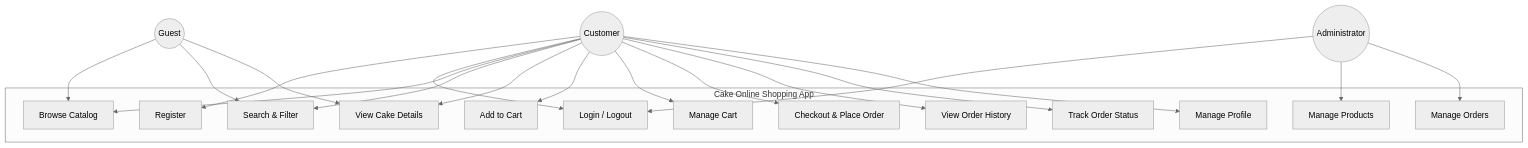
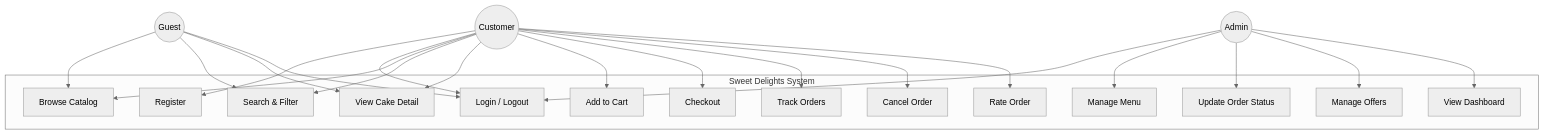
Before and after one commit to Saad2607/cake-shop-app: the first of 8 diagrams in docs/05_UML_Diagrams.md, drawn with Mermaid (neutral theme). The commit also changed other lines of this file and 132 other files, not shown here.

````diff
--- a/docs/05_UML_Diagrams.md
+++ b/docs/05_UML_Diagrams.md
@@ -15,42 +15,45 @@
 ```mermaid
 flowchart TB
-    subgraph System["Cake Online Shopping App"]
+    subgraph System["Sweet Delights System"]
         UC1[Register]
         UC2[Login / Logout]
         UC3[Browse Catalog]
         UC4[Search & Filter]
-        UC5[View Cake Details]
+        UC5[View Cake Detail]
         UC6[Add to Cart]
-        UC7[Manage Cart]
-        UC8[Checkout & Place Order]
-        UC9[View Order History]
-        UC10[Track Order Status]
-        UC11[Manage Profile]
-        UC12[Manage Products]
-        UC13[Manage Orders]
+        UC7[Checkout]
+        UC8[Track Orders]
+        UC9[Cancel Order]
+        UC10[Rate Order]
+        UC11[Manage Menu]
+        UC12[Update Order Status]
+        UC13[Manage Offers]
+        UC14[View Dashboard]
     end
 
+    Guest((Guest))
     Customer((Customer))
-    Guest((Guest))
-    Admin((Administrator))
+    Admin((Admin))
 
     Guest --> UC3
     Guest --> UC4
     Guest --> UC5
+    Guest --> UC2
 
     Customer --> UC1
     Customer --> UC2
     Customer --> UC3
     Customer --> UC4
     Customer --> UC5
     Customer --> UC6
     Customer --> UC7
     Customer --> UC8
     Customer --> UC9
     Customer --> UC10
-    Customer --> UC11
 
     Admin --> UC2
+    Admin --> UC11
     Admin --> UC12
     Admin --> UC13
+    Admin --> UC14
 ```
````
